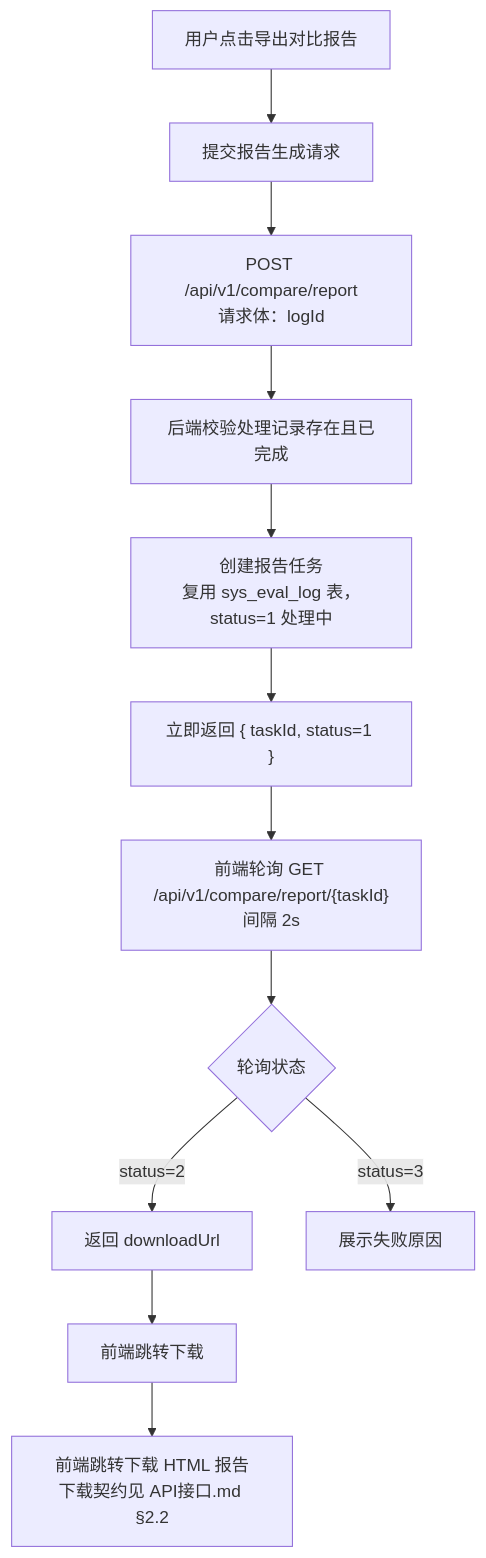
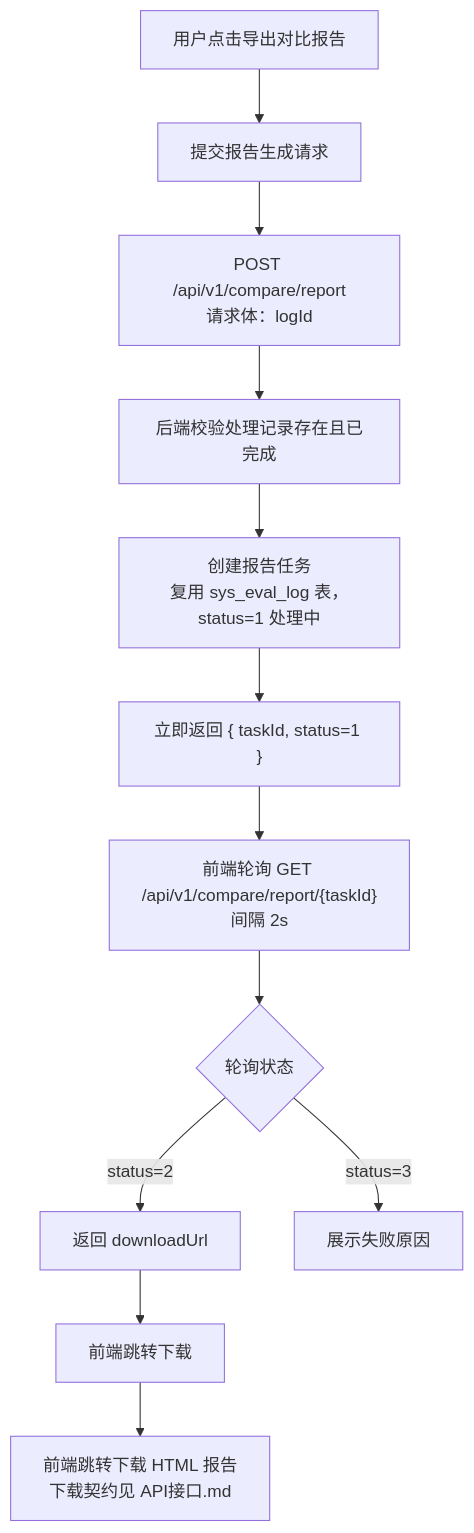
One commit to earthy-zinc/dehaze-system changed the second of 2 diagrams in dehaze-doc/docs/03-模块设计/核心模块/效果对比/需求规格.md. Above: the diagram before and after it, drawn with Mermaid. The commit also changed other lines of this file and 239 other files, not shown here.

````diff
--- a/dehaze-doc/docs/03-模块设计/核心模块/效果对比/需求规格.md
+++ b/dehaze-doc/docs/03-模块设计/核心模块/效果对比/需求规格.md
@@ -217,14 +218,14 @@
 ```mermaid
 flowchart TD
     A[用户点击导出对比报告] --> B[提交报告生成请求]
     B --> C["POST /api/v1/compare/report<br/>请求体：logId"]
     C --> D[后端校验处理记录存在且已完成]
     D --> E["创建报告任务<br/>复用 sys_eval_log 表，status=1 处理中"]
     E --> F["立即返回 { taskId, status=1 }"]
     F --> G["前端轮询 GET /api/v1/compare/report/{taskId}<br/>间隔 2s"]
     G --> H{轮询状态}
     H -->|status=2| I[返回 downloadUrl]
     I --> J[前端跳转下载]
     H -->|status=3| K[展示失败原因]
-    J --> L[前端跳转下载 HTML 报告<br/>下载契约见 API接口.md §2.2]
+    J --> L[前端跳转下载 HTML 报告<br/>下载契约见 API接口.md]
 ```
````
